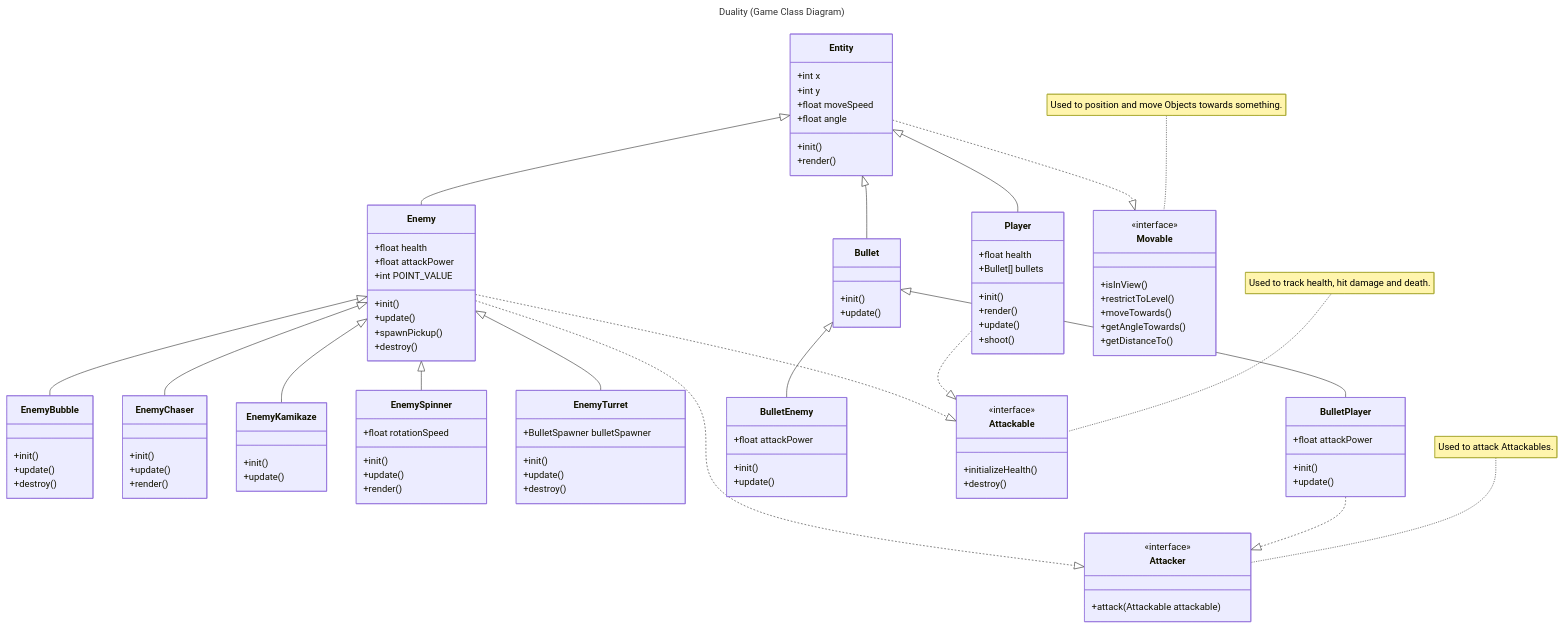
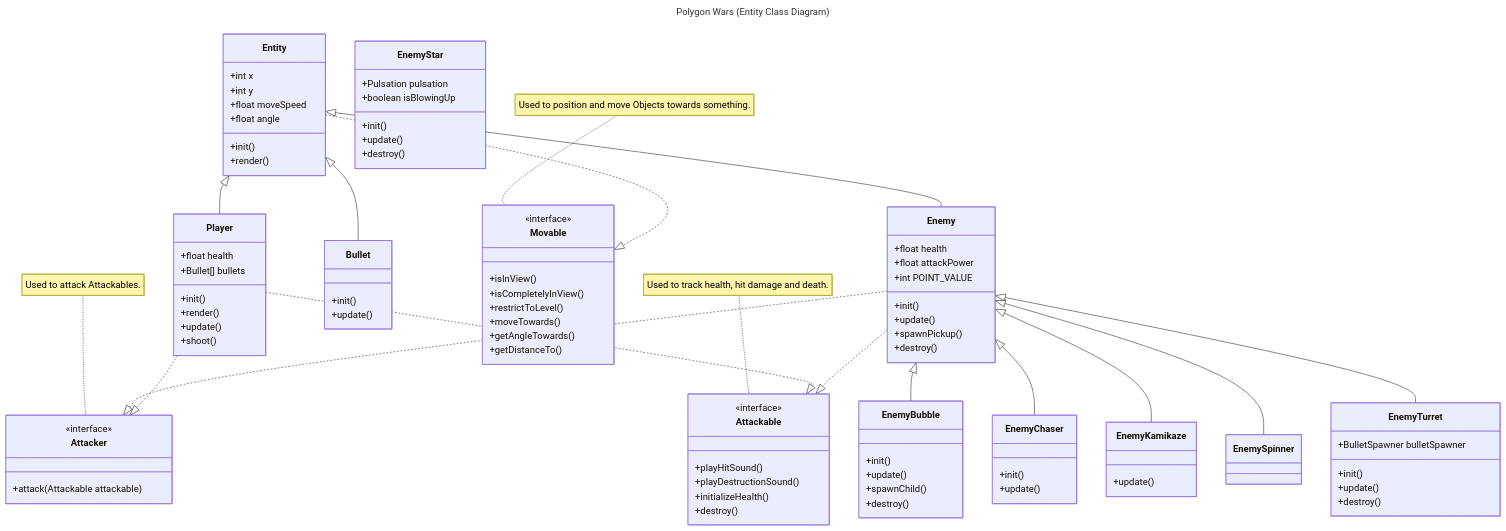
The diagram in WORLD-CLASS-DIAGRAM.md (Programming-Project-2021-22/course-project-davidfabio), drawn with Mermaid before and after one commit. The commit also changed 7 other files, not shown here.

Commit message:
Update Class Diagrams for current Project State

````diff
--- a/WORLD-CLASS-DIAGRAM.md
+++ b/WORLD-CLASS-DIAGRAM.md
@@ -1,6 +1,6 @@
 ```mermaid
 ---
-title: Duality (Game Class Diagram)
+title: Polygon Wars (Entity Class Diagram)
 ---
 classDiagram
 Entity <|-- Player
@@ -13,12 +13,10 @@
 Enemy <|-- EnemyTurret
 
 Entity <|-- Bullet
-Bullet <|-- BulletPlayer
-Bullet <|-- BulletEnemy
 
 Entity ..|> Movable
-BulletPlayer ..|> Attacker
 Enemy ..|> Attacker
+Player ..|> Attacker
 Player ..|> Attackable
 Enemy ..|> Attackable
 
@@ -53,25 +51,25 @@
 class EnemyBubble {
     +init()
     +update()
+    +spawnChild()
     +destroy()
 }
 
 class EnemyChaser {
     +init()
     +update()
-    +render()
 }
 
 class EnemyKamikaze {
-    +init()
     +update()
 }
 
-class EnemySpinner {
-    +float rotationSpeed
+class EnemyStar {
+    +Pulsation pulsation
+    +boolean isBlowingUp
     +init()
     +update()
-    +render()
+    +destroy()
 }
 
 class EnemyTurret {
@@ -86,22 +84,11 @@
     +update()
 }
 
-class BulletEnemy {
-    +float attackPower
-    +init()
-    +update()
-}
-
-class BulletPlayer {
-    +float attackPower
-    +init()
-    +update()
-}
-
 note for Movable "Used to position and move Objects towards something."
 class Movable {
     <<interface>>
     +isInView()
+    +isCompletelyInView()
     +restrictToLevel()
     +moveTowards()
     +getAngleTowards()
@@ -111,6 +98,8 @@
 note for Attackable "Used to track health, hit damage and death."
 class Attackable {
     <<interface>>
+    +playHitSound()
+    +playDestructionSound()
     +initializeHealth()
     +destroy()
 }
@@ -120,5 +109,4 @@
     <<interface>>
     +attack(Attackable attackable)
 }
-
 ```
````
